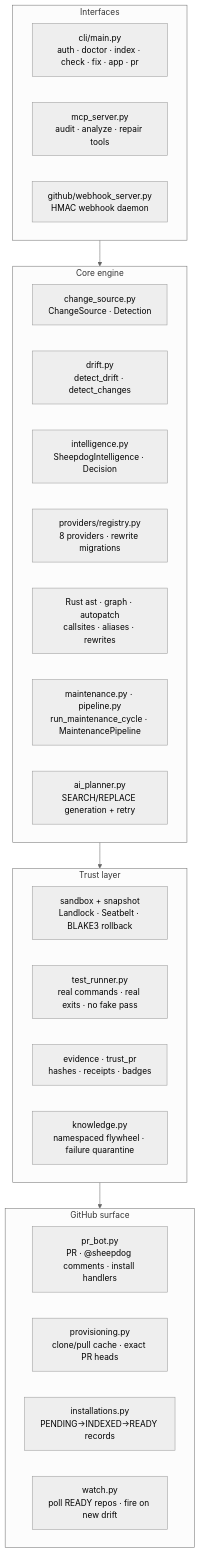
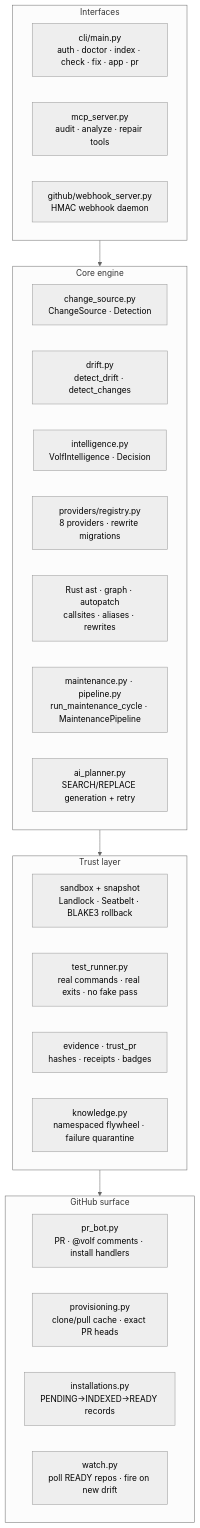
The third of 3 diagrams in docs/SYSTEM_MAP.md (Devaretanmay/HAVFRYS), drawn with Mermaid (neutral theme) before and after one commit. The commit also changed other lines of this file and 222 other files, not shown here.

First line of the commit message:
feat!: rename Sheepdog to Volf, add Howl hunt voice

````diff
--- a/docs/SYSTEM_MAP.md
+++ b/docs/SYSTEM_MAP.md
@@ -42,30 +42,30 @@
 ```mermaid
 flowchart TD
     subgraph IN["Interfaces"]
         CLI["cli/main.py<br/>auth · doctor · index · check · fix · app · pr"]
         MCP["mcp_server.py<br/>audit · analyze · repair tools"]
         WH["github/webhook_server.py<br/>HMAC webhook daemon"]
     end
     subgraph CORE["Core engine"]
         CS["change_source.py<br/>ChangeSource · Detection"]
         DRIFT["drift.py<br/>detect_drift · detect_changes"]
-        INTEL["intelligence.py<br/>SheepdogIntelligence · Decision"]
+        INTEL["intelligence.py<br/>VolfIntelligence · Decision"]
         REG["providers/registry.py<br/>8 providers · rewrite migrations"]
         AST["Rust ast · graph · autopatch<br/>callsites · aliases · rewrites"]
         PLAN["maintenance.py · pipeline.py<br/>run_maintenance_cycle · MaintenancePipeline"]
         AIplan["ai_planner.py<br/>SEARCH/REPLACE generation + retry"]
     end
     subgraph TRUST["Trust layer"]
         SB["sandbox + snapshot<br/>Landlock · Seatbelt · BLAKE3 rollback"]
         TR["test_runner.py<br/>real commands · real exits · no fake pass"]
         EV2["evidence · trust_pr<br/>hashes · receipts · badges"]
         KB["knowledge.py<br/>namespaced flywheel · failure quarantine"]
     end
     subgraph GH["GitHub surface"]
-        BOT["pr_bot.py<br/>PR · @sheepdog comments · install handlers"]
+        BOT["pr_bot.py<br/>PR · @volf comments · install handlers"]
         PROV["provisioning.py<br/>clone/pull cache · exact PR heads"]
         INST["installations.py<br/>PENDING→INDEXED→READY records"]
         WATCH["watch.py<br/>poll READY repos · fire on new drift"]
     end
     IN --> CORE --> TRUST --> GH
 ```
````
